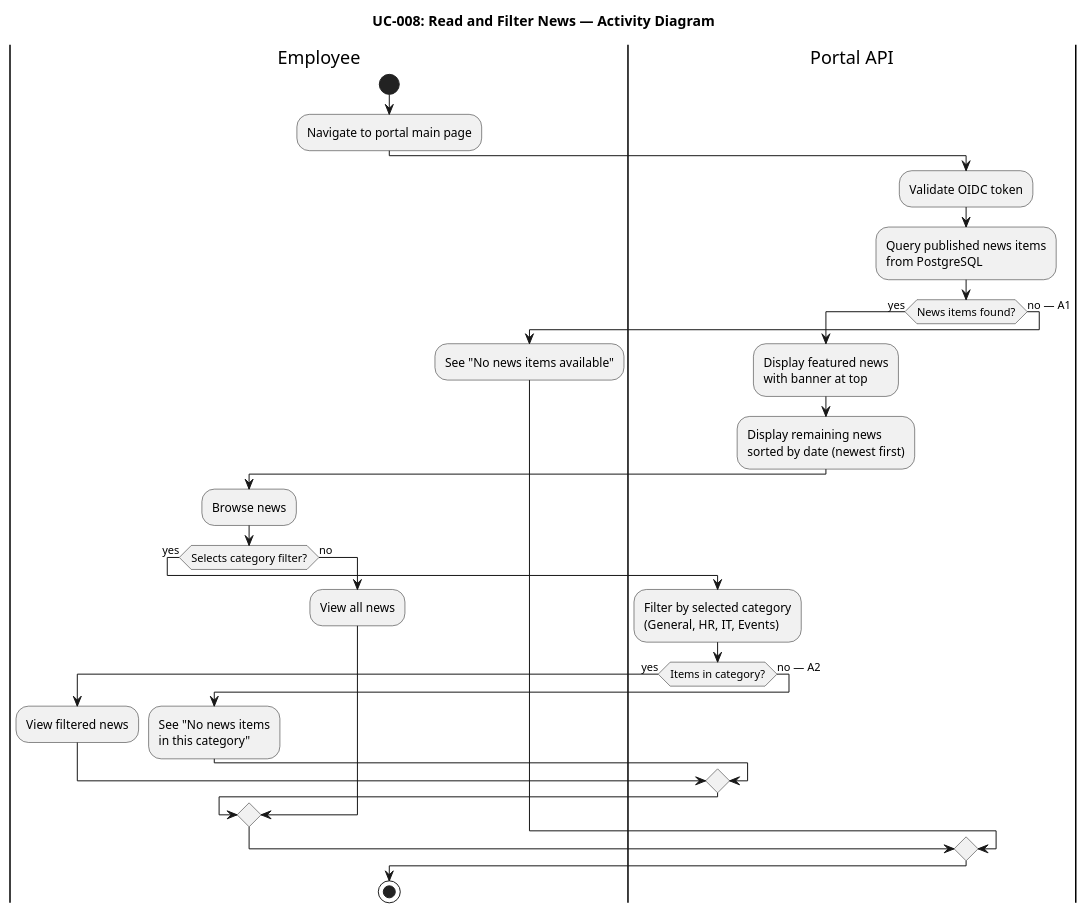
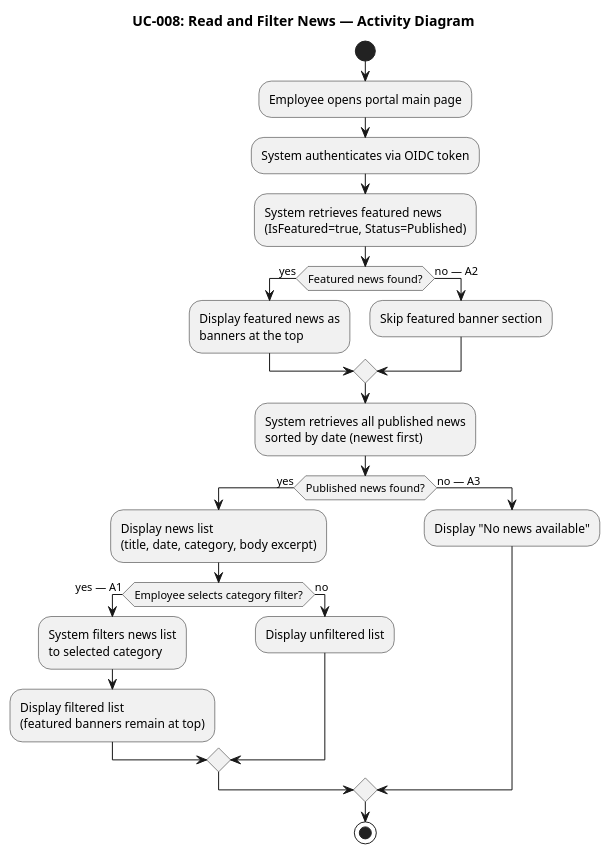
One commit to banense-test/portal-cuba-corp changed the ninth of 12 diagrams in docs/artifacts/requirements/use-case-model.md. Above: the diagram before and after it, drawn with PlantUML. The commit also changed other lines of this file, not shown here.

First line of the commit message:
System Analyst [C2]: upsert Use-Case Model

````diff
--- a/docs/artifacts/requirements/use-case-model.md
+++ b/docs/artifacts/requirements/use-case-model.md
@@ -591,36 +542,34 @@
 ```plantuml
 @startuml
 title UC-008: Read and Filter News — Activity Diagram
 
-|Employee|
 start
-:Navigate to portal main page;
-|Portal API|
-:Validate OIDC token;
-:Query published news items\nfrom PostgreSQL;
-if (News items found?) then (yes)
-  :Display featured news\nwith banner at top;
-  :Display remaining news\nsorted by date (newest first);
-  |Employee|
-  :Browse news;
-  if (Selects category filter?) then (yes)
-    |Portal API|
-    :Filter by selected category\n(General, HR, IT, Events);
-    if (Items in category?) then (yes)
-      |Employee|
-      :View filtered news;
-    else (no — A2)
-      |Employee|
-      :See "No news items\nin this category";
-    endif
+:Employee opens portal main page;
+:System authenticates via OIDC token;
+:System retrieves featured news
+(IsFeatured=true, Status=Published);
+if (Featured news found?) then (yes)
+  :Display featured news as
+  banners at the top;
+else (no — A2)
+  :Skip featured banner section;
+endif
+:System retrieves all published news
+sorted by date (newest first);
+if (Published news found?) then (yes)
+  :Display news list
+  (title, date, category, body excerpt);
+  if (Employee selects category filter?) then (yes — A1)
+    :System filters news list
+    to selected category;
+    :Display filtered list
+    (featured banners remain at top);
   else (no)
-    |Employee|
-    :View all news;
+    :Display unfiltered list;
   endif
-else (no — A1)
-  |Employee|
-  :See "No news items available";
+else (no — A3)
+  :Display "No news available";
 endif
 stop
 @enduml
 ```
````
